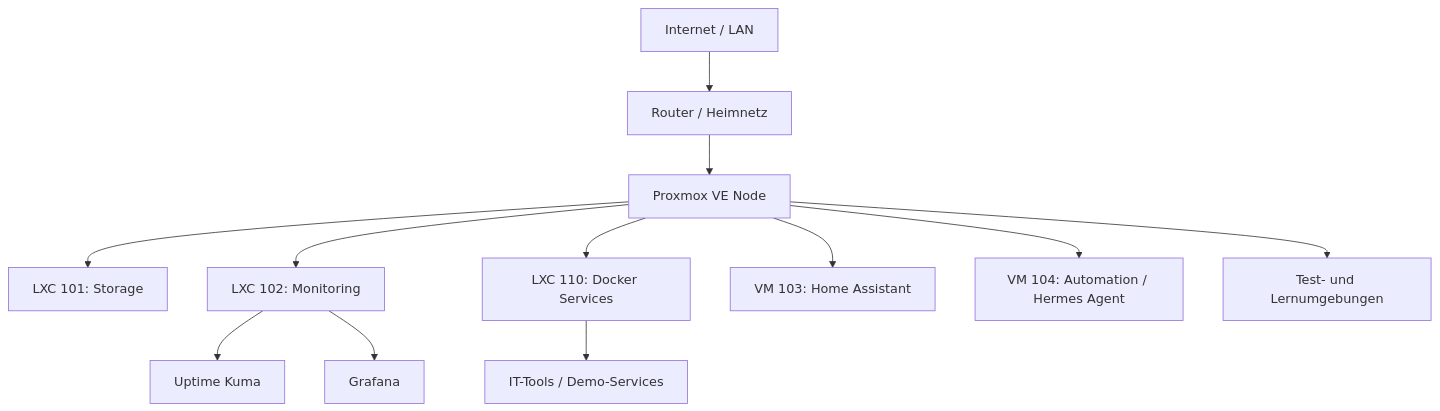
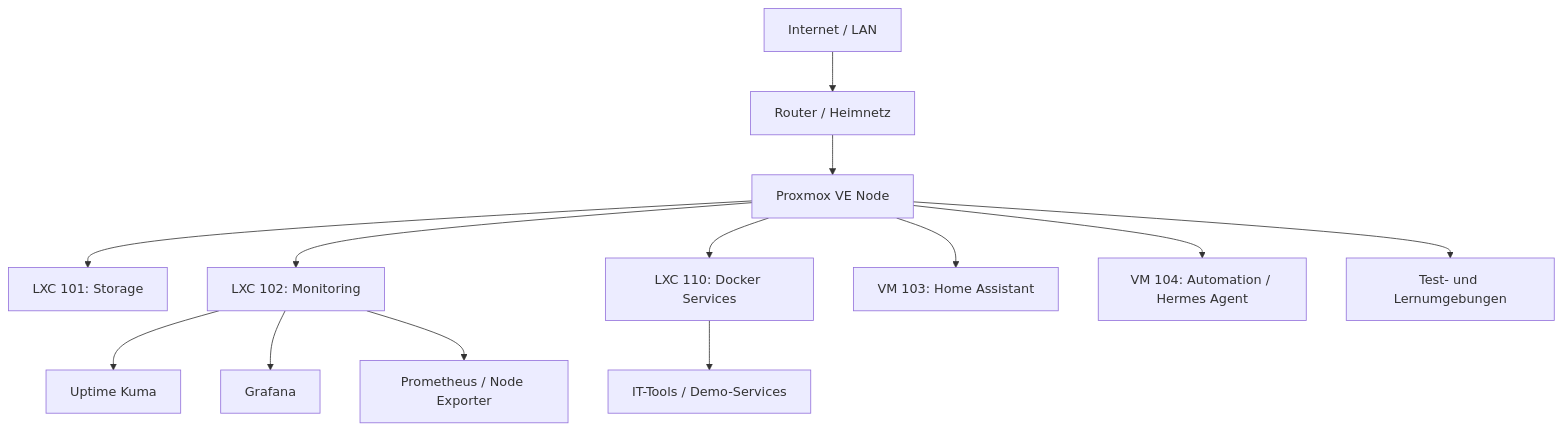
Before and after one commit to Homelab247/Homelab-Portfolio: the diagram in README.md, drawn with Mermaid. The commit also changed other lines of this file and 7 other files, not shown here.

````diff
--- a/README.md
+++ b/README.md
@@ -48,16 +48,17 @@
 ```mermaid
 flowchart TD
     Internet[Internet / LAN] --> Router[Router / Heimnetz]
     Router --> Proxmox[Proxmox VE Node]
 
     Proxmox --> Storage[LXC 101: Storage]
     Proxmox --> Monitoring[LXC 102: Monitoring]
     Proxmox --> Docker[LXC 110: Docker Services]
     Proxmox --> HA[VM 103: Home Assistant]
     Proxmox --> Hermes[VM 104: Automation / Hermes Agent]
     Proxmox --> Labs[Test- und Lernumgebungen]
 
     Monitoring --> Kuma[Uptime Kuma]
     Monitoring --> Grafana[Grafana]
+    Monitoring --> Prometheus[Prometheus / Node Exporter]
     Docker --> Tools[IT-Tools / Demo-Services]
 ```
````
